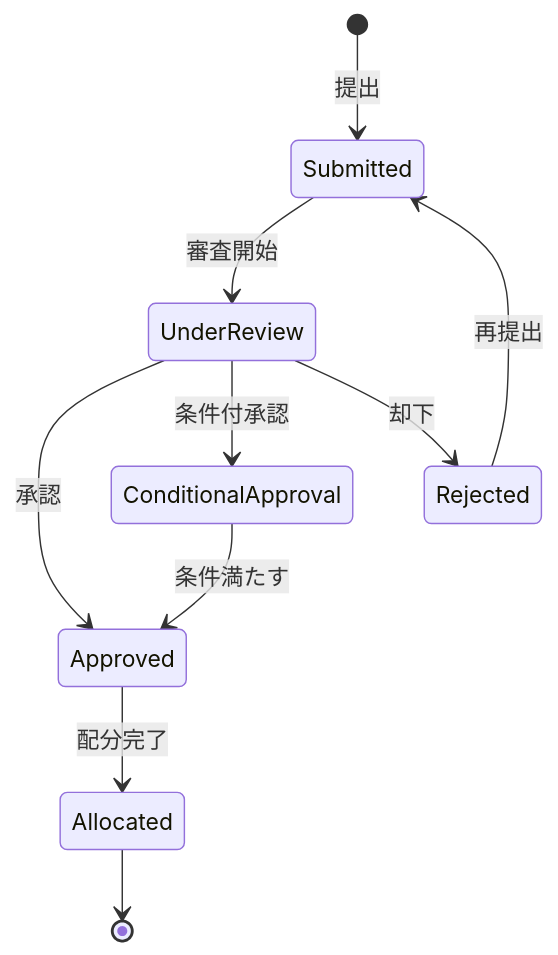
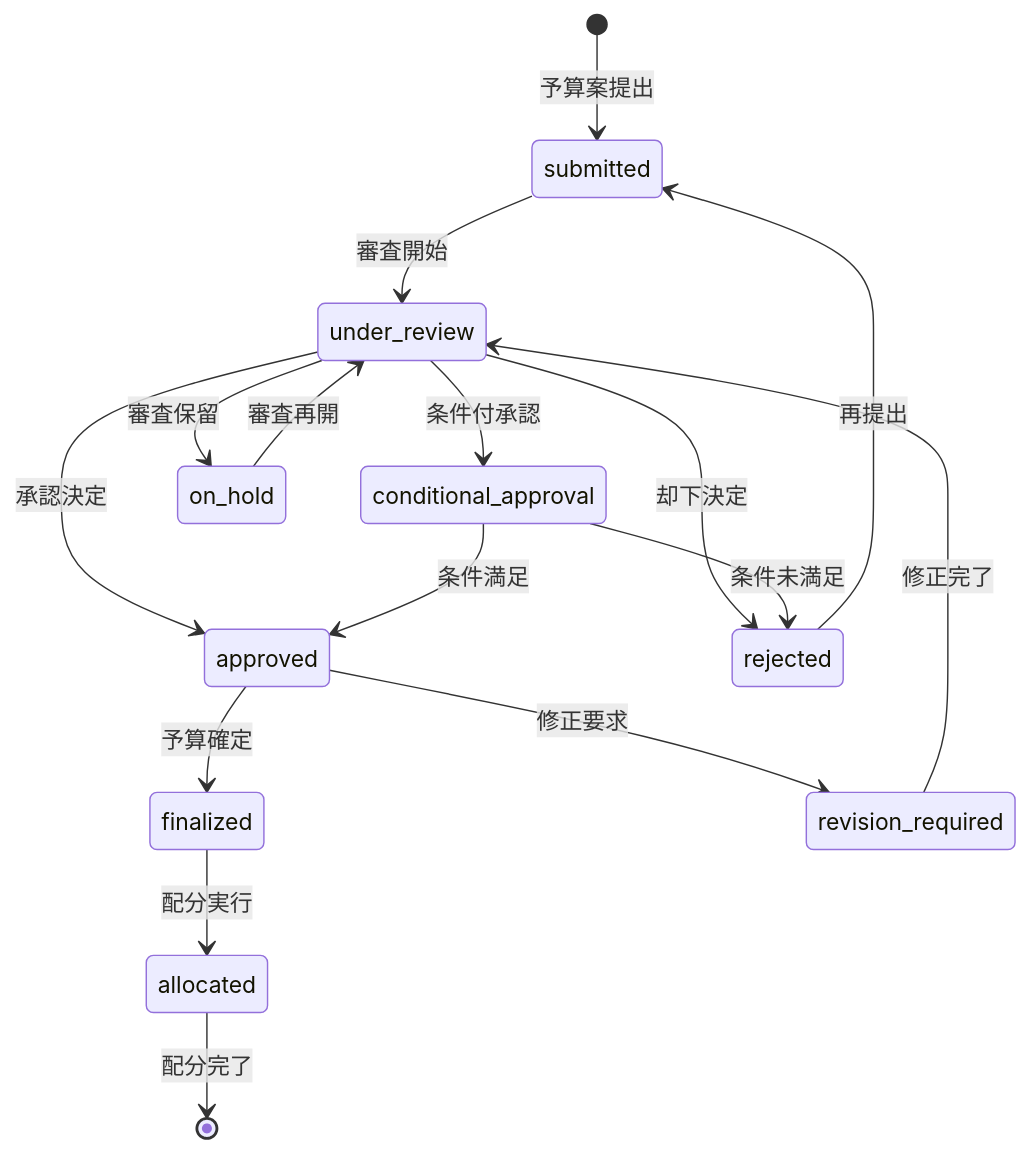
The diagram in consulting-dashboard-new/docs/parasol/services/revenue-optimization-service/capabilities/formulate-and-control-budget/operations/approve-and-finalize-budget/operation.md (hmoriya/consultingTool), drawn with Mermaid before and after one commit. The commit also changed other lines of this file and 209 other files, not shown here.

````diff
--- a/consulting-dashboard-new/docs/parasol/services/revenue-optimization-service/capabilities/formulate-and-control-budget/operations/approve-and-finalize-budget/operation.md
+++ b/consulting-dashboard-new/docs/parasol/services/revenue-optimization-service/capabilities/formulate-and-control-budget/operations/approve-and-finalize-budget/operation.md
@@ -57,12 +123,19 @@
 ```mermaid
 stateDiagram-v2
-    [*] --> Submitted: 提出
-    Submitted --> UnderReview: 審査開始
-    UnderReview --> Approved: 承認
-    UnderReview --> ConditionalApproval: 条件付承認
-    UnderReview --> Rejected: 却下
-    ConditionalApproval --> Approved: 条件満たす
-    Rejected --> Submitted: 再提出
-    Approved --> Allocated: 配分完了
-    Allocated --> [*]
+    [*] --> submitted: 予算案提出
+    submitted --> under_review: 審査開始
+    under_review --> approved: 承認決定
+    under_review --> conditional_approval: 条件付承認
+    under_review --> rejected: 却下決定
+    conditional_approval --> approved: 条件満足
+    conditional_approval --> rejected: 条件未満足
+    rejected --> submitted: 再提出
+    approved --> finalized: 予算確定
+    finalized --> allocated: 配分実行
+    allocated --> [*]: 配分完了
+
+    under_review --> on_hold: 審査保留
+    on_hold --> under_review: 審査再開
+    approved --> revision_required: 修正要求
+    revision_required --> under_review: 修正完了
 ```
````
